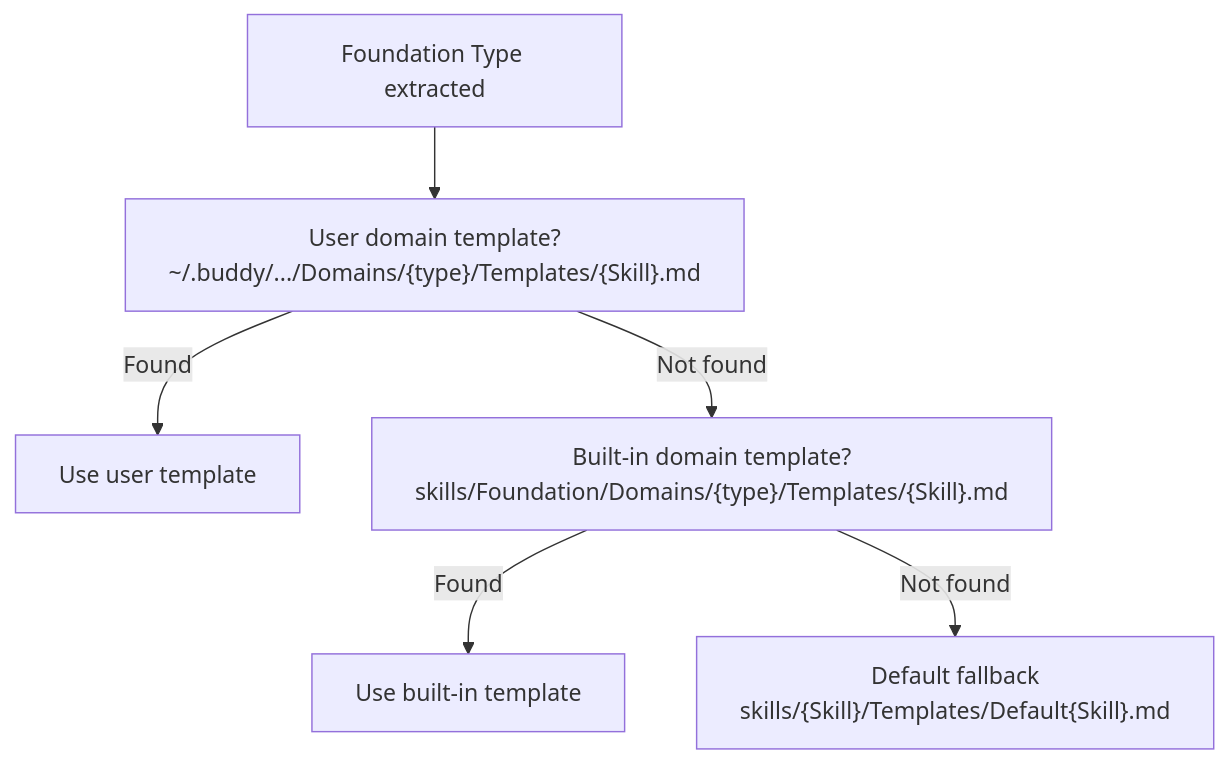
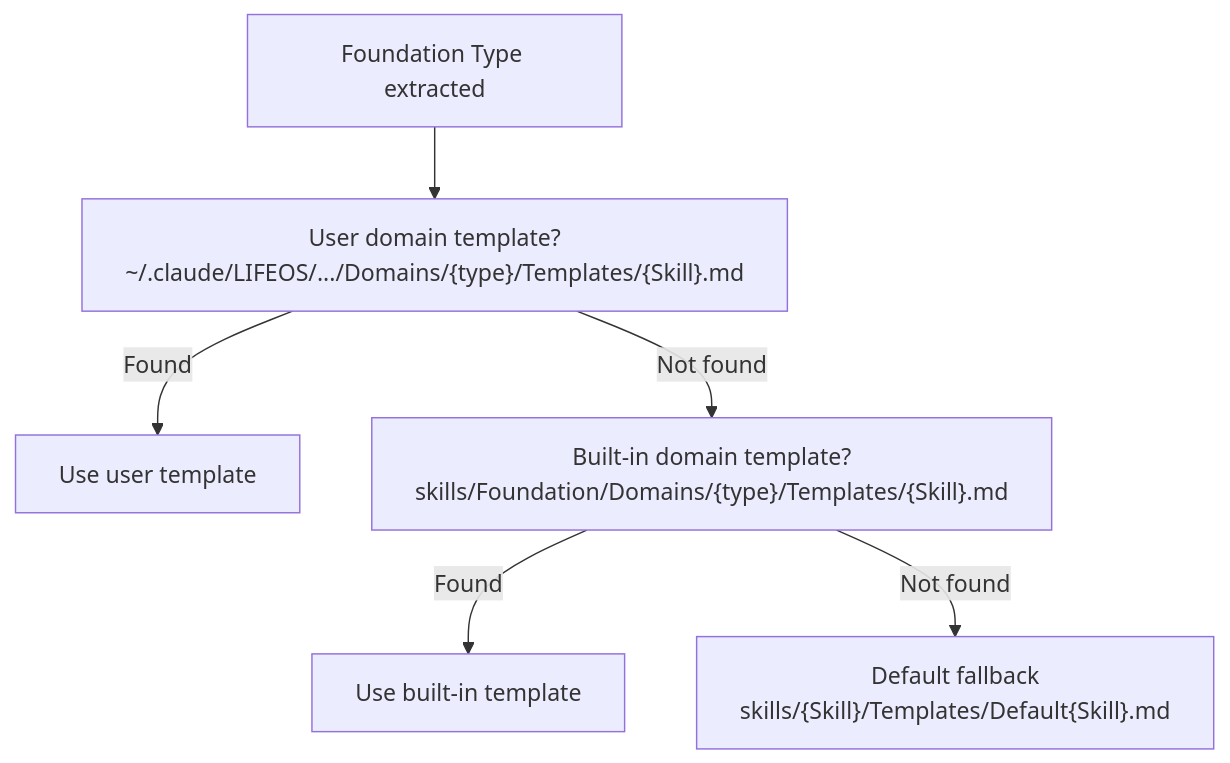
Before and after one commit to rsts-dev/claude-buddy-marketplace: the second of 2 diagrams in plugins/buddy/docs/domains.md, drawn with Mermaid. The commit also changed other lines of this file and 94 other files, not shown here.

````diff
--- a/plugins/buddy/docs/domains.md
+++ b/plugins/buddy/docs/domains.md
@@ -157,8 +174,8 @@
 ```mermaid
 flowchart TD
-    Start["Foundation Type extracted"] --> User["User domain template?<br/>~/.buddy/.../Domains/{type}/Templates/{Skill}.md"]
+    Start["Foundation Type extracted"] --> User["User domain template?<br/>~/.claude/LIFEOS/.../Domains/{type}/Templates/{Skill}.md"]
     User -->|Found| UseUser["Use user template"]
     User -->|Not found| Builtin["Built-in domain template?<br/>skills/Foundation/Domains/{type}/Templates/{Skill}.md"]
     Builtin -->|Found| UseBuiltin["Use built-in template"]
     Builtin -->|Not found| Fallback["Default fallback<br/>skills/{Skill}/Templates/Default{Skill}.md"]
 ```
````
